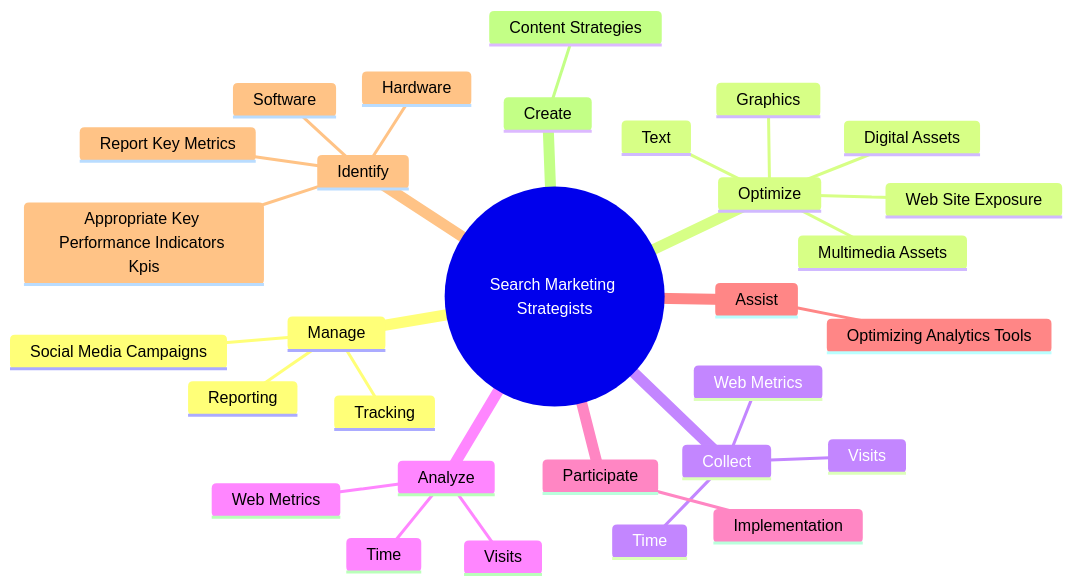
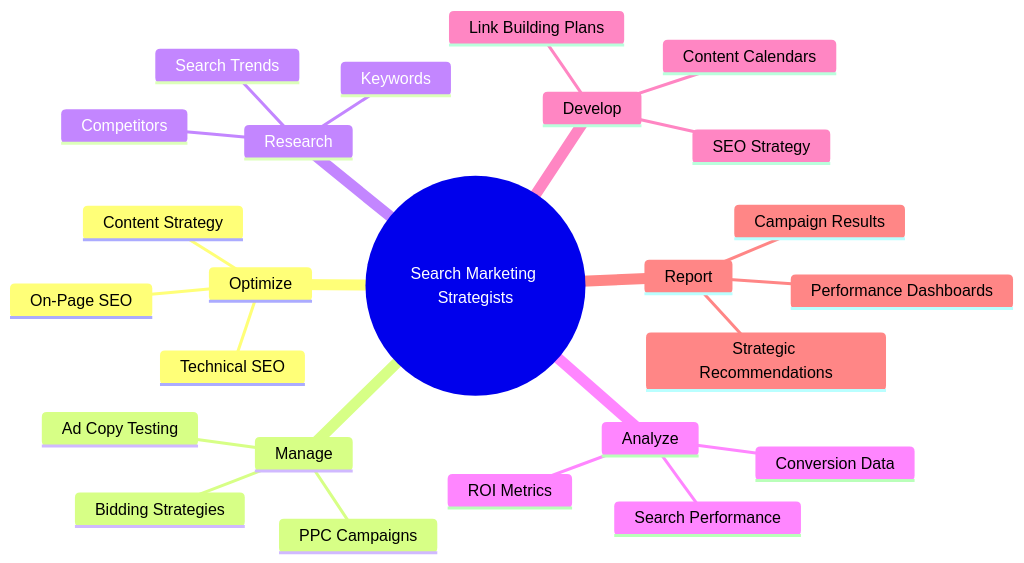
One commit to kziemski/business.org.ai changed the second of 4 diagrams in occupations/Business/SearchMarketingStrategists.mdx. Above: the diagram before and after it, drawn with Mermaid. The commit also changed other lines of this file and 938 other files, not shown here.

````diff
--- a/occupations/Business/SearchMarketingStrategists.mdx
+++ b/occupations/Business/SearchMarketingStrategists.mdx
@@ -38,33 +49,28 @@
 ```mermaid
 mindmap
     root(("Search Marketing Strategists"))
+        Optimize
+            On-Page SEO
+            Technical SEO
+            Content Strategy
         Manage
-            Tracking
-            Reporting
-            Social Media Campaigns
-        Optimize
-            Digital Assets
-            Text
-            Graphics
-            Multimedia Assets
-            Web Site Exposure
-        Collect
-            Web Metrics
-            Visits
-            Time
+            PPC Campaigns
+            Bidding Strategies
+            Ad Copy Testing
+        Research
+            Keywords
+            Competitors
+            Search Trends
         Analyze
-            Web Metrics
-            Visits
-            Time
-        Participate
-            Implementation
-        Assist
-            Optimizing Analytics Tools
-        Identify
-            Appropriate Key Performance Indicators Kpis
-            Report Key Metrics
-            Hardware
-            Software
-        Create
-            Content Strategies
+            Search Performance
+            Conversion Data
+            ROI Metrics
+        Develop
+            SEO Strategy
+            Content Calendars
+            Link Building Plans
+        Report
+            Performance Dashboards
+            Campaign Results
+            Strategic Recommendations
 ```
````
